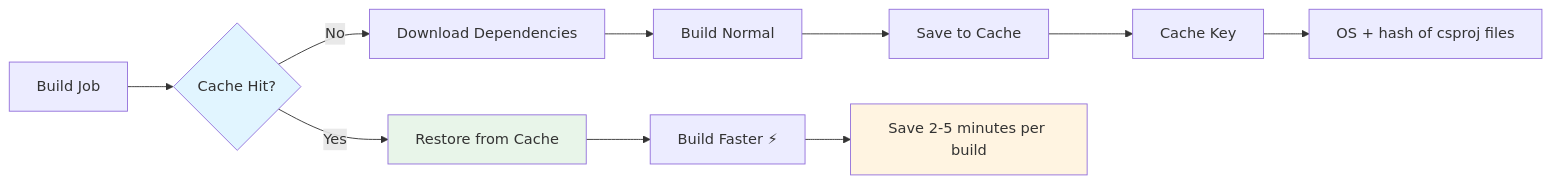
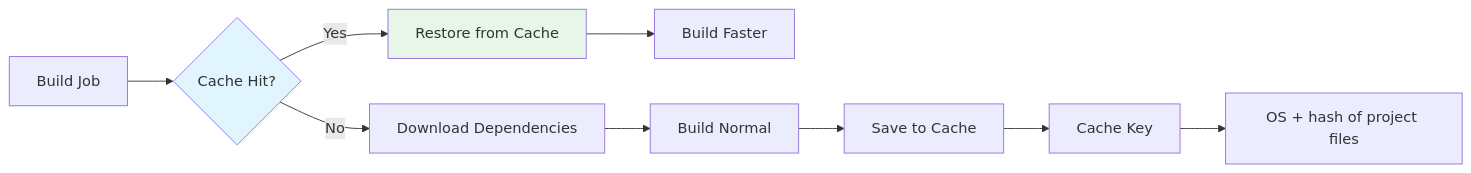
The eighth of 9 diagrams in docs/architecture/workflows-architecture.md (vinoth-kumar-k/github-test-workflows), drawn with Mermaid before and after one commit. The commit also changed other lines of this file, not shown here.

First line of the commit message:
docs: update architecture doc with extensibility, security hardening, and best practices

````diff
--- a/docs/architecture/workflows-architecture.md
+++ b/docs/architecture/workflows-architecture.md
@@ -282,19 +395,16 @@
 ```mermaid
 graph LR
     A[Build Job] --> B{Cache Hit?}
     B -->|Yes| C[Restore from Cache]
     B -->|No| D[Download Dependencies]
 
-    C --> E[Build Faster ⚡]
+    C --> E[Build Faster]
     D --> F[Build Normal]
     F --> G[Save to Cache]
 
     G --> H[Cache Key]
-    H --> I[OS + hash of csproj files]
-
-    E --> J[Save 2-5 minutes per build]
+    H --> I["OS + hash of project files"]
 
     style B fill:#e1f5ff
     style C fill:#e8f5e9
-    style J fill:#fff4e1
 ```
````
